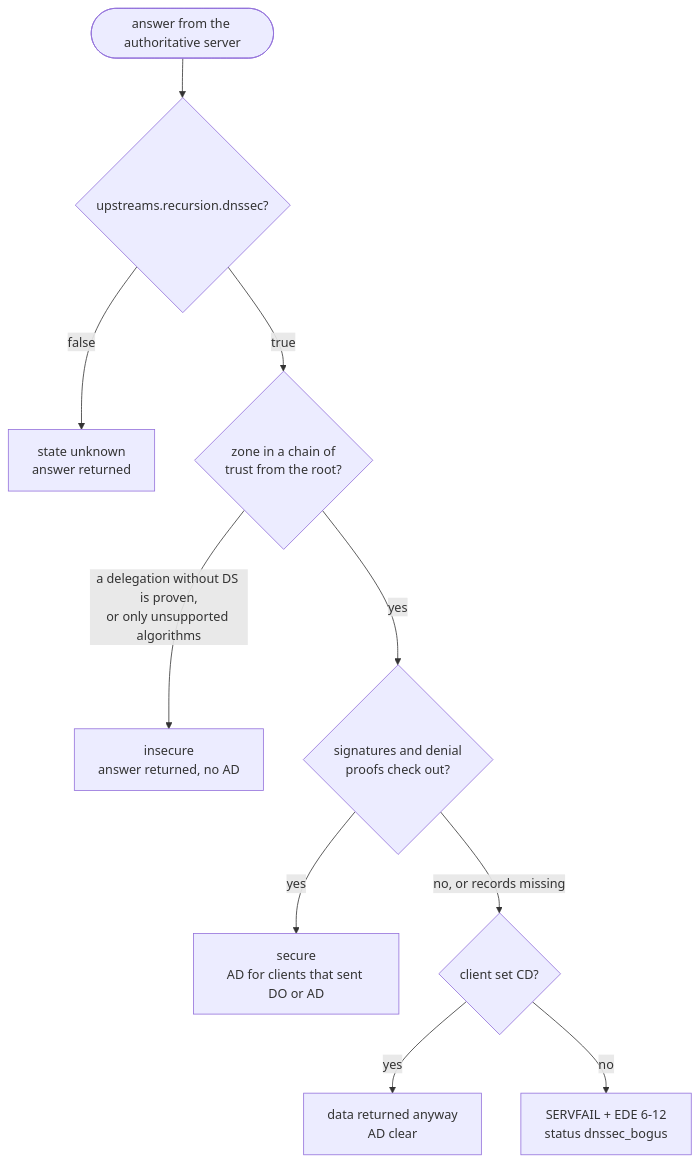
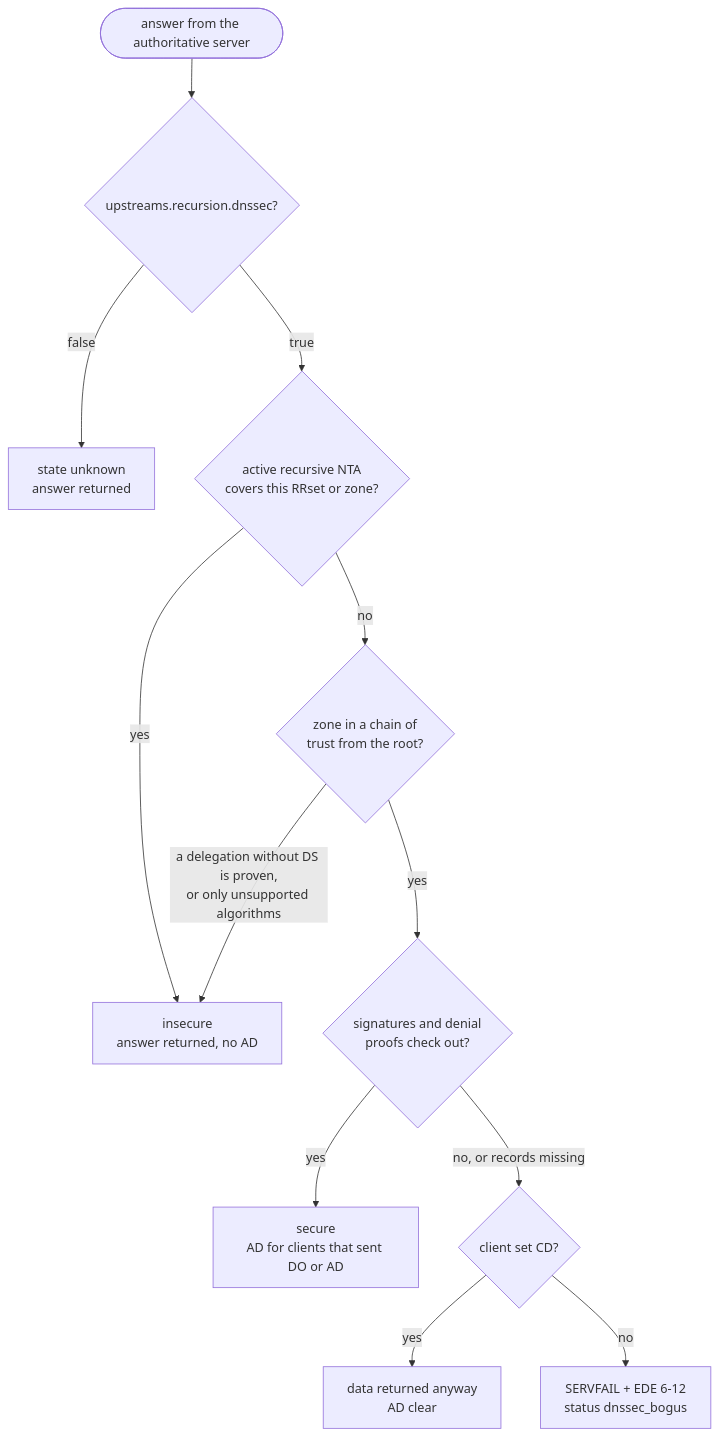
One commit to robertherbaugh/kudurru changed the sixth of 9 diagrams in docs/architecture/upstreams-and-cache.md. Above: the diagram before and after it, drawn with Mermaid. The commit also changed other lines of this file and 20 other files, not shown here.

````diff
--- a/docs/architecture/upstreams-and-cache.md
+++ b/docs/architecture/upstreams-and-cache.md
@@ -281,12 +284,14 @@
 ```mermaid
 flowchart TD
     A(["answer from the authoritative server"]) --> ON{"upstreams.recursion.dnssec?"}
     ON -- "false" --> UNK["state unknown<br/>answer returned"]
-    ON -- "true" --> SIGNED{"zone in a chain of<br/>trust from the root?"}
+    ON -- "true" --> NTA{"active recursive NTA<br/>covers this RRset or zone?"}
+    NTA -- "yes" --> INS
+    NTA -- "no" --> SIGNED{"zone in a chain of<br/>trust from the root?"}
     SIGNED -- "a delegation without DS is proven,<br/>or only unsupported algorithms" --> INS["insecure<br/>answer returned, no AD"]
     SIGNED -- "yes" --> OK{"signatures and denial<br/>proofs check out?"}
     OK -- "yes" --> SEC["secure<br/>AD for clients that sent DO or AD"]
     OK -- "no, or records missing" --> CD{"client set CD?"}
     CD -- "yes" --> CDA["data returned anyway<br/>AD clear"]
     CD -- "no" --> BOG["SERVFAIL + EDE 6-12<br/>status dnssec_bogus"]
 ```
````
